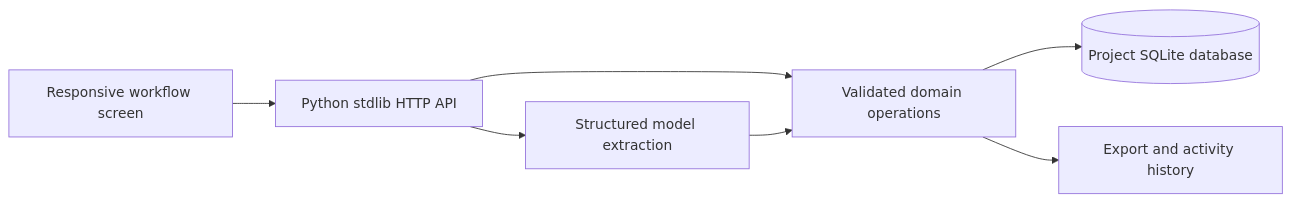
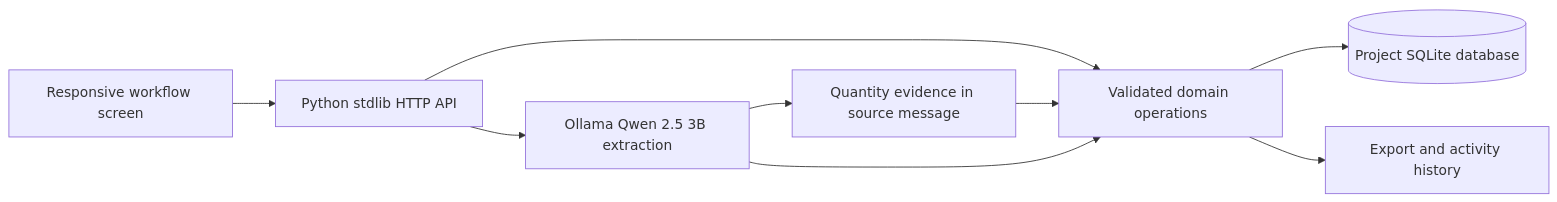
The diagram in docs/ARCHITECTURE.md (lavu1/orderclerk-ai), drawn with Mermaid before and after one commit. The commit also changed other lines of this file and 5 other files, not shown here.

Commit message:
Publish public demo link and current architecture evidence

````diff
--- a/docs/ARCHITECTURE.md
+++ b/docs/ARCHITECTURE.md
@@ -3,9 +3,11 @@
 ```mermaid
 flowchart LR
   A[Responsive workflow screen] --> B[Python stdlib HTTP API]
   B --> C[Validated domain operations]
   C --> D[(Project SQLite database)]
   C --> E[Export and activity history]
-  B --> F[Structured model extraction]
+  B --> F[Ollama Qwen 2.5 3B extraction]
+  F --> G[Quantity evidence in source message]
+  G --> C
   F --> C
 ```
````
